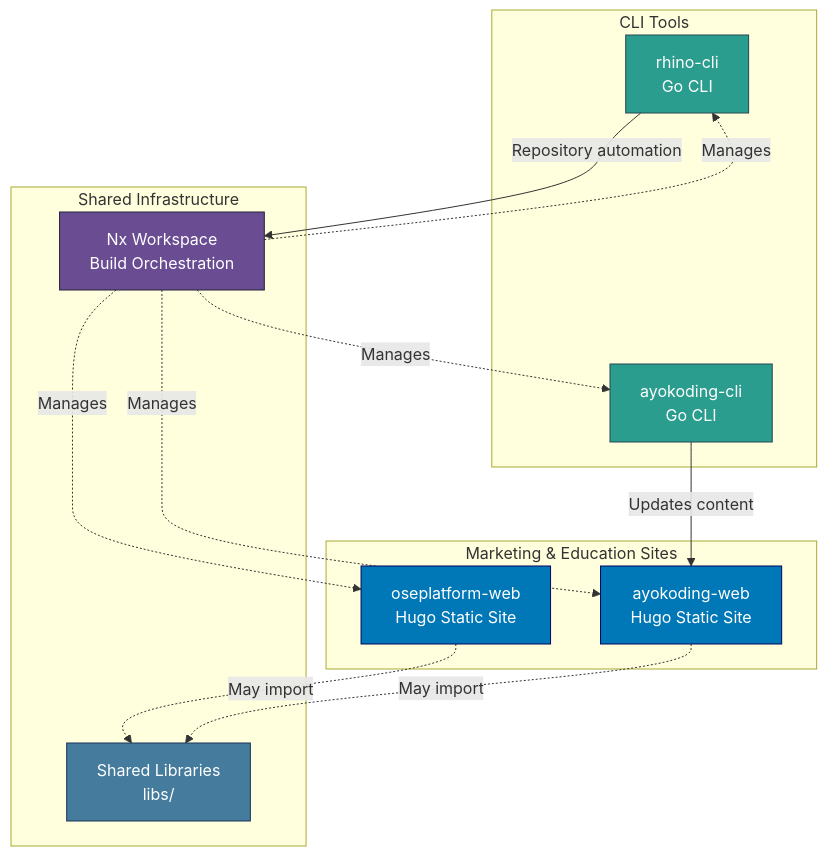
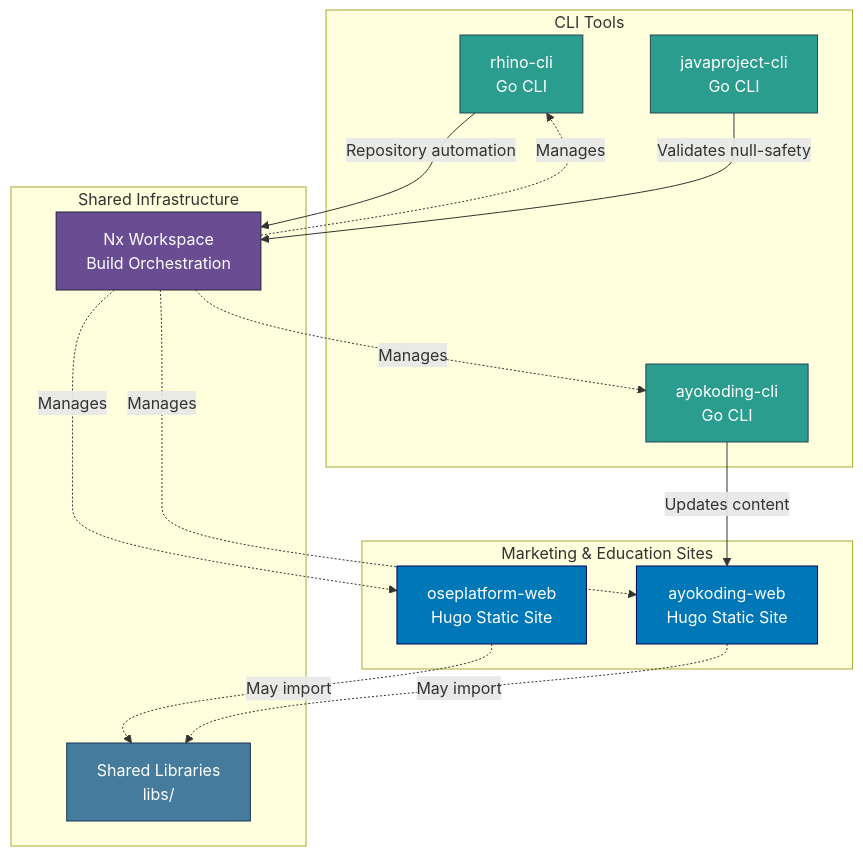
The second of 13 diagrams in docs/reference/re__system-architecture.md (wahidyankf/open-sharia-enterprise), drawn with Mermaid before and after one commit. The commit also changed other lines of this file and 22 other files, not shown here.

Commit message:
refactor(javaproject-cli): rename from jprojectvalidator-cli

````diff
--- a/docs/reference/re__system-architecture.md
+++ b/docs/reference/re__system-architecture.md
@@ -125,35 +137,38 @@
 ```mermaid
 graph TB
     subgraph "Marketing & Education Sites"
         OSE[oseplatform-web<br/>Hugo Static Site]
         AYO[ayokoding-web<br/>Hugo Static Site]
     end
 
     subgraph "CLI Tools"
         AYOCLI[ayokoding-cli<br/>Go CLI]
         RHINO[rhino-cli<br/>Go CLI]
+        JPVAL[javaproject-cli<br/>Go CLI]
     end
 
     subgraph "Shared Infrastructure"
         NX[Nx Workspace<br/>Build Orchestration]
         LIBS[Shared Libraries<br/>libs/]
     end
 
     AYOCLI -->|Updates content| AYO
     RHINO -->|Repository automation| NX
+    JPVAL -->|Validates null-safety| NX
 
     NX -.->|Manages| OSE
     NX -.->|Manages| AYO
     NX -.->|Manages| AYOCLI
     NX -.->|Manages| RHINO
 
     OSE -.->|May import| LIBS
     AYO -.->|May import| LIBS
 
     style OSE fill:#0077b6,stroke:#03045e,color:#ffffff
     style AYO fill:#0077b6,stroke:#03045e,color:#ffffff
     style AYOCLI fill:#2a9d8f,stroke:#264653,color:#ffffff
     style RHINO fill:#2a9d8f,stroke:#264653,color:#ffffff
+    style JPVAL fill:#2a9d8f,stroke:#264653,color:#ffffff
     style NX fill:#6a4c93,stroke:#22223b,color:#ffffff
     style LIBS fill:#457b9d,stroke:#1d3557,color:#ffffff
 ```
````
